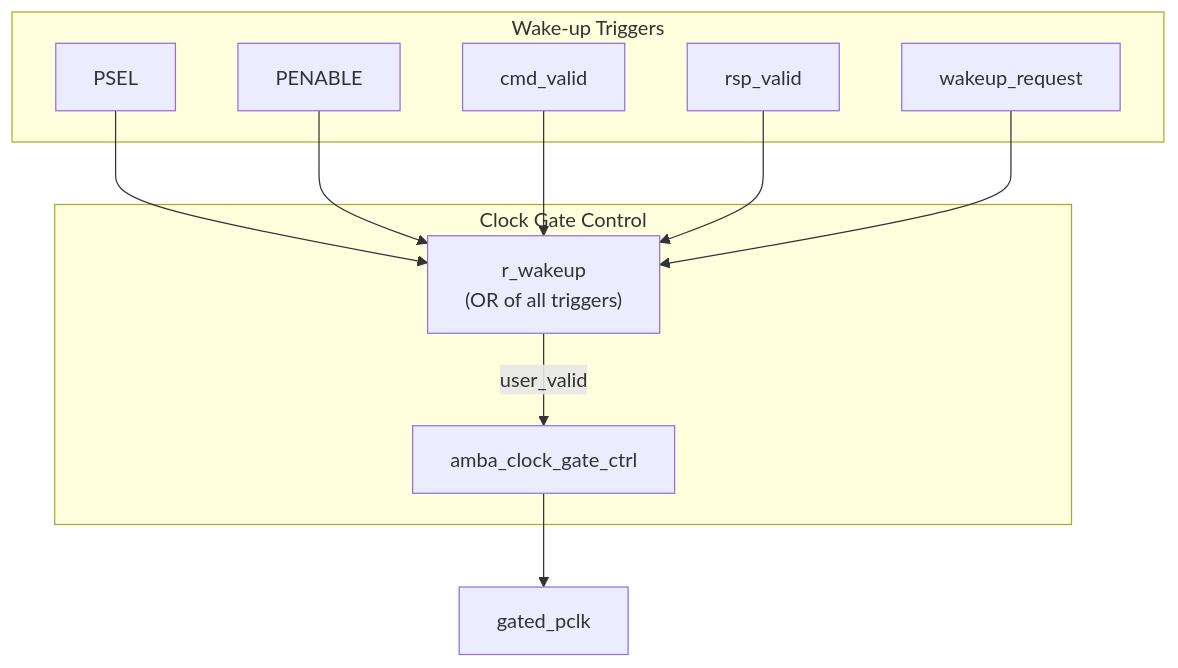
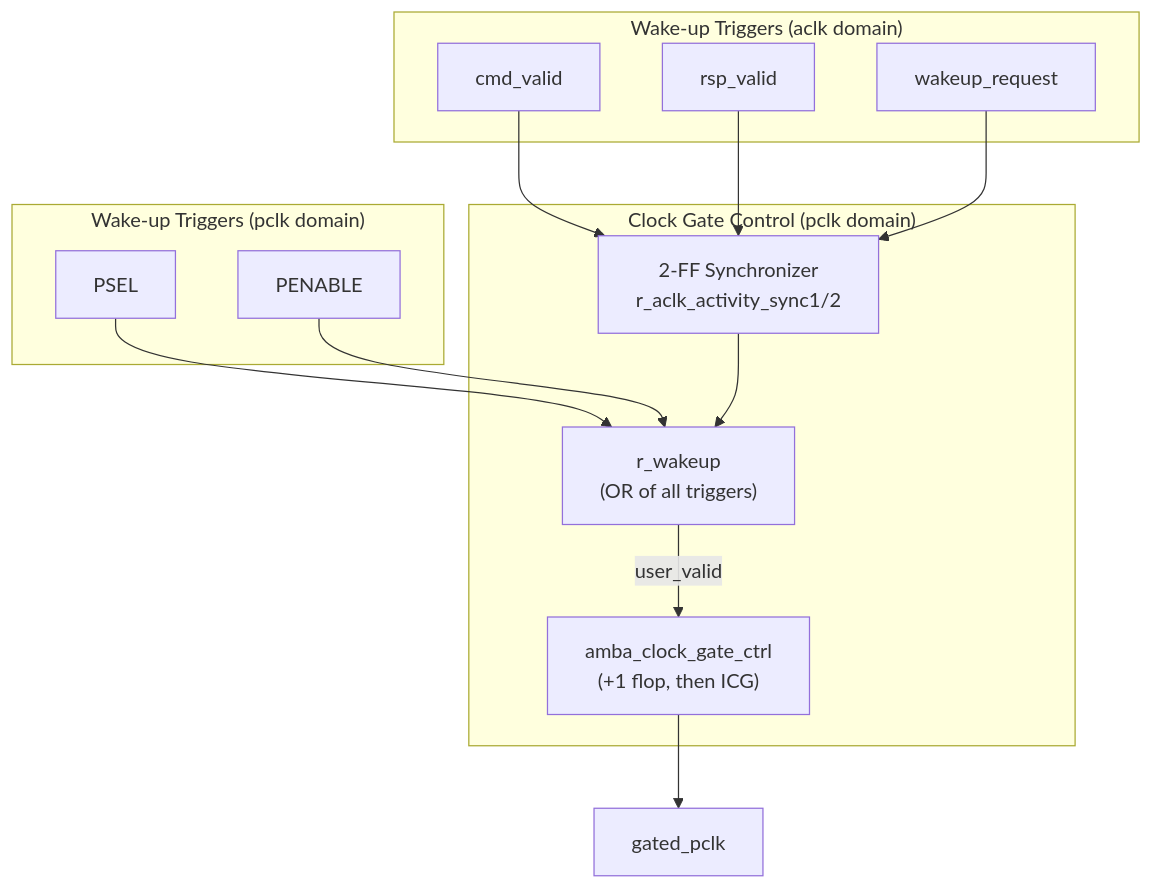
The second of 3 diagrams in docs/markdown/RTLAmba/apb5/apb5_slave_cdc_cg.md (sean-galloway/RTLDesignSherpa), drawn with Mermaid before and after one commit. The commit also changed other lines of this file and 446 other files, not shown here.

````diff
--- a/docs/markdown/RTLAmba/apb5/apb5_slave_cdc_cg.md
+++ b/docs/markdown/RTLAmba/apb5/apb5_slave_cdc_cg.md
@@ -139,24 +144,29 @@
 ```mermaid
 flowchart TD
-    subgraph WAKE["Wake-up Triggers"]
+    subgraph PCLK_TRIG["Wake-up Triggers (pclk domain)"]
         psel["PSEL"]
         penable["PENABLE"]
+    end
+
+    subgraph ACLK_TRIG["Wake-up Triggers (aclk domain)"]
         cmd_valid["cmd_valid"]
         rsp_valid["rsp_valid"]
         wakeup_req["wakeup_request"]
     end
 
-    subgraph CG["Clock Gate Control"]
+    subgraph CG["Clock Gate Control (pclk domain)"]
+        sync["2-FF Synchronizer<br/>r_aclk_activity_sync1/2"]
         wakeup["r_wakeup<br/>(OR of all triggers)"]
-        gate["amba_clock_gate_ctrl"]
+        gate["amba_clock_gate_ctrl<br/>(+1 flop, then ICG)"]
     end
 
     psel --> wakeup
     penable --> wakeup
-    cmd_valid --> wakeup
-    rsp_valid --> wakeup
-    wakeup_req --> wakeup
+    cmd_valid --> sync
+    rsp_valid --> sync
+    wakeup_req --> sync
+    sync --> wakeup
 
     wakeup -->|user_valid| gate
     gate --> gated_pclk
 ```
````
